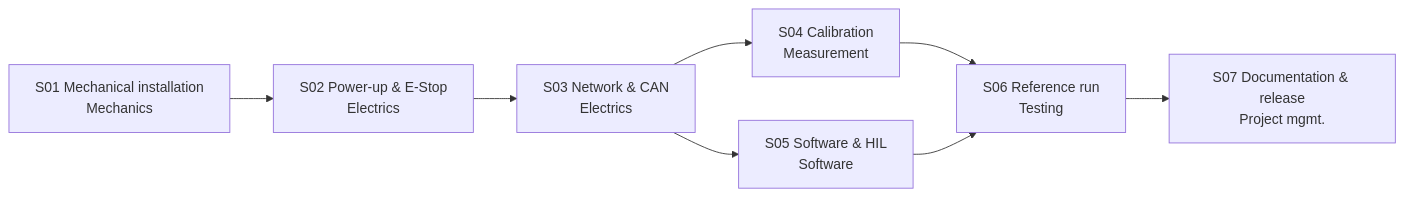
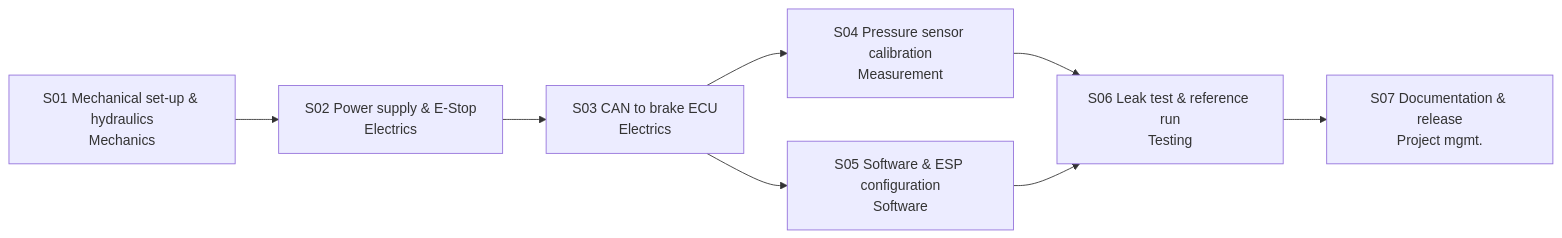
Before and after one commit to abhisheklakhani-it/n8n-test-bench-commissioning-tracker: the first of 3 diagrams in README.md, drawn with Mermaid. The commit also changed other lines of this file and 56 other files, not shown here.

````diff
--- a/README.md
+++ b/README.md
@@ -71,8 +75,8 @@
 ```mermaid
 flowchart LR
-    S01["S01 Mechanical installation<br/>Mechanics"] --> S02["S02 Power-up & E-Stop<br/>Electrics"] --> S03["S03 Network & CAN<br/>Electrics"]
-    S03 --> S04["S04 Calibration<br/>Measurement"]
-    S03 --> S05["S05 Software & HIL<br/>Software"]
-    S04 --> S06["S06 Reference run<br/>Testing"]
+    S01["S01 Mechanical set-up & hydraulics<br/>Mechanics"] --> S02["S02 Power supply & E-Stop<br/>Electrics"] --> S03["S03 CAN to brake ECU<br/>Electrics"]
+    S03 --> S04["S04 Pressure sensor calibration<br/>Measurement"]
+    S03 --> S05["S05 Software & ESP configuration<br/>Software"]
+    S04 --> S06["S06 Leak test & reference run<br/>Testing"]
     S05 --> S06 --> S07["S07 Documentation & release<br/>Project mgmt."]
 ```
````
